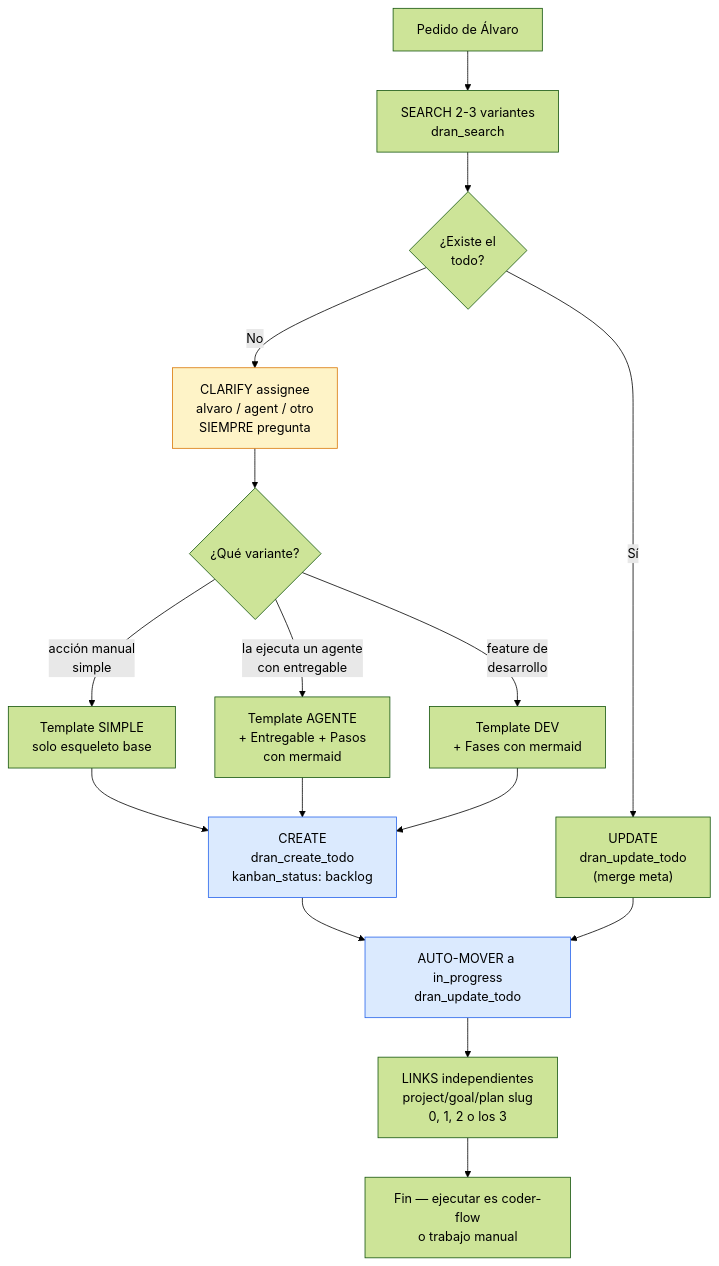
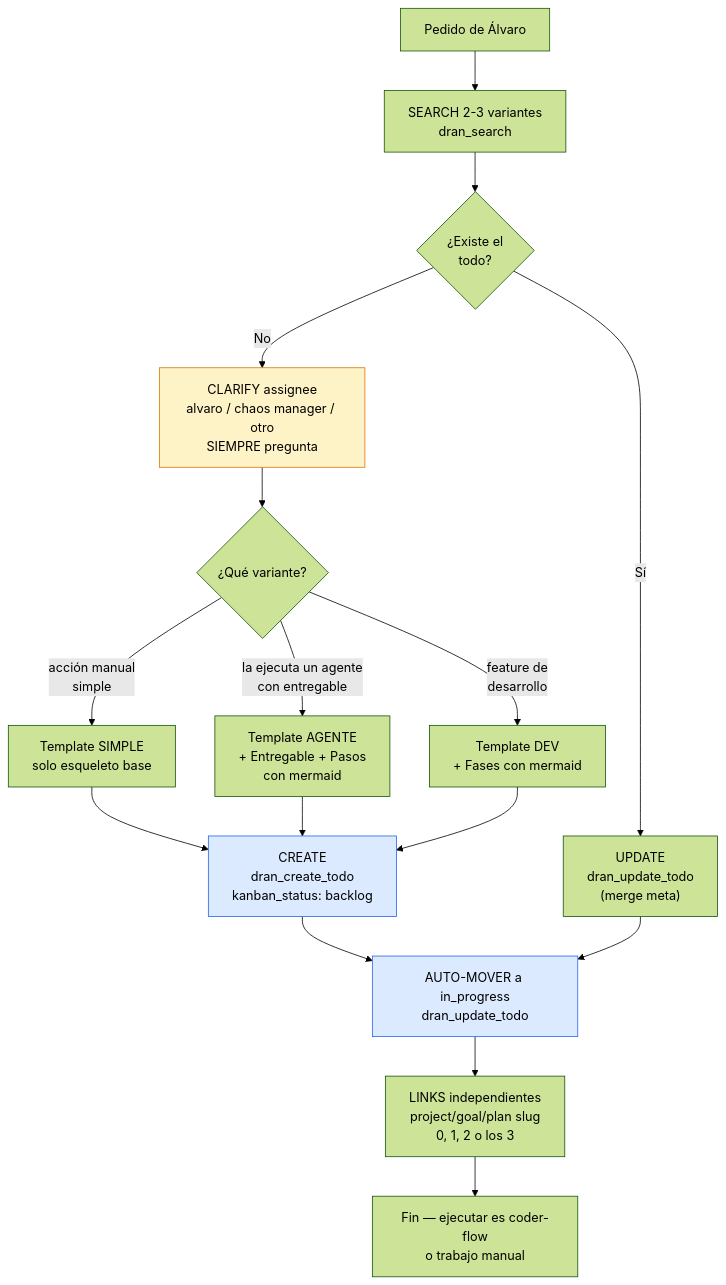
Before and after one commit to alvarolizama/dran: the second of 2 diagrams in skills/todo-flow/SKILL.md, drawn with Mermaid (forest theme). The commit also changed other lines of this file and 6 other files, not shown here.

First line of the commit message:
docs: ownership defaults — created_by chaos manager, assignee alvaro/chaos manager/otro

````diff
--- a/skills/todo-flow/SKILL.md
+++ b/skills/todo-flow/SKILL.md
@@ -37,22 +37,22 @@
 ```mermaid
 flowchart TD
   START[Pedido de Álvaro] --> SEARCH["SEARCH 2-3 variantes\ndran_search"]
   SEARCH --> EXISTS{¿Existe el\ntodo?}
   EXISTS -->|Sí| UPDATE["UPDATE\ndran_update_todo\n(merge meta)"]
-  EXISTS -->|No| ASSIGNEE["CLARIFY assignee\nalvaro / agent / otro\nSIEMPRE pregunta"]
+  EXISTS -->|No| ASSIGNEE["CLARIFY assignee\nalvaro / chaos manager / otro\nSIEMPRE pregunta"]
   ASSIGNEE --> TYPE{¿Qué variante?}
   TYPE -->|"acción manual\nsimple"| SIMPLE["Template SIMPLE\nsolo esqueleto base"]
   TYPE -->|"la ejecuta un agente\ncon entregable"| AGENT["Template AGENTE\n+ Entregable + Pasos\ncon mermaid"]
   TYPE -->|"feature de\ndesarrollo"| DEV["Template DEV\n+ Fases con mermaid"]
   SIMPLE --> CREATE["CREATE\ndran_create_todo\nkanban_status: backlog"]
   AGENT --> CREATE
   DEV --> CREATE
   CREATE --> MOVE["AUTO-MOVER a in_progress\ndran_update_todo"]
   UPDATE --> MOVE
   MOVE --> LINKS["LINKS independientes\nproject/goal/plan slug\n0, 1, 2 o los 3"]
   LINKS --> DONE[Fin — ejecutar es coder-flow\no trabajo manual]
 
   style ASSIGNEE fill:#fef3c7,stroke:#d97706
   style CREATE fill:#dbeafe,stroke:#2563eb
   style MOVE fill:#dbeafe,stroke:#2563eb
 ```
````
